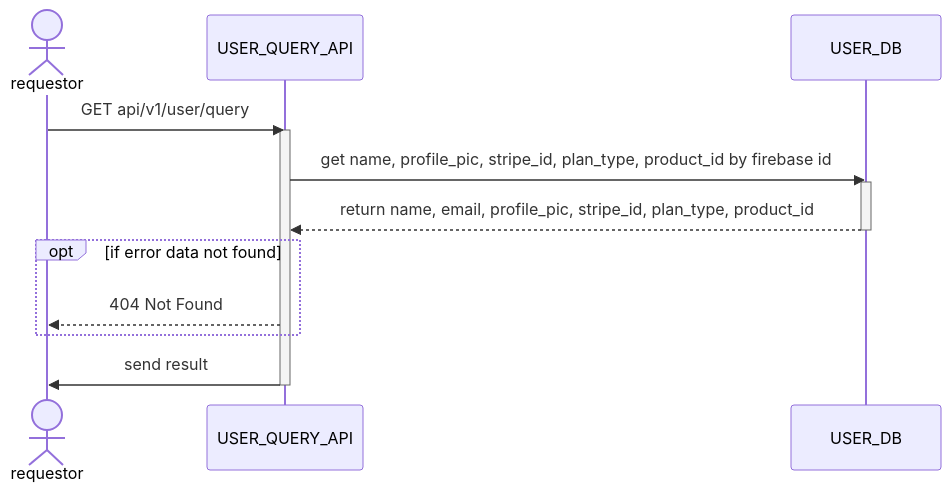
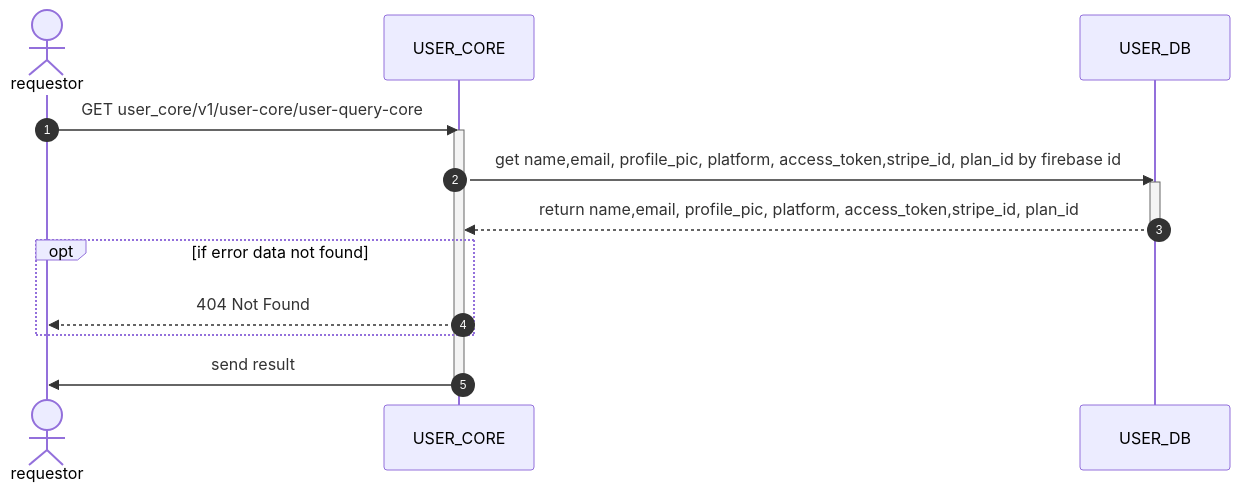
The diagram in systemFlow/core/userCore/query.md (promptlabth/docs-of-all), drawn with Mermaid before and after one commit. The commit also changed other lines of this file and 1 other file, not shown here.

Commit message:
update user query core and user login

````diff
--- a/systemFlow/core/userCore/query.md
+++ b/systemFlow/core/userCore/query.md
@@ -5,18 +5,19 @@
 ```mermaid
 sequenceDiagram
     actor req as requestor
-    participant api as USER_QUERY_API
+    participant user_core as USER_CORE
     participant db as USER_DB
 
-    req->>api: GET api/v1/user/query
-    activate api
-    api->>db: get name, profile_pic, stripe_id, plan_type, product_id by firebase id
+    autonumber
+    req->>user_core: GET user_core/v1/user-core/user-query-core
+    activate user_core
+    user_core->>db: get name,email, profile_pic, platform, access_token,stripe_id, plan_id by firebase id
     activate db
-    db-->>api: return name, email, profile_pic, stripe_id, plan_type, product_id
+    db-->>user_core: return name,email, profile_pic, platform, access_token,stripe_id, plan_id
     deactivate db
     opt if error data not found
-        api -->> req: 404 Not Found
+        user_core -->> req: 404 Not Found
     end
-    api->>req: send result
-    deactivate api
+    user_core->>req: send result
+    deactivate user_core
 ```
````
